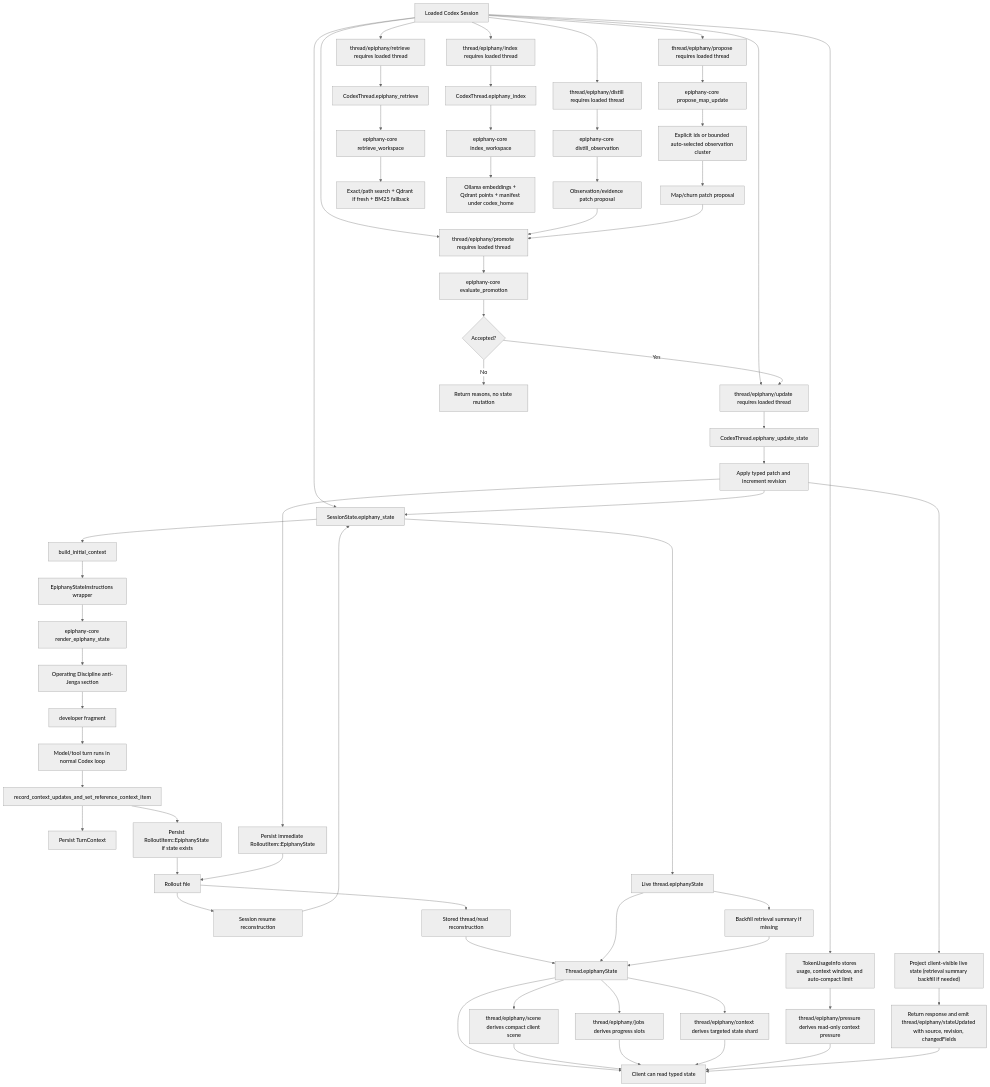
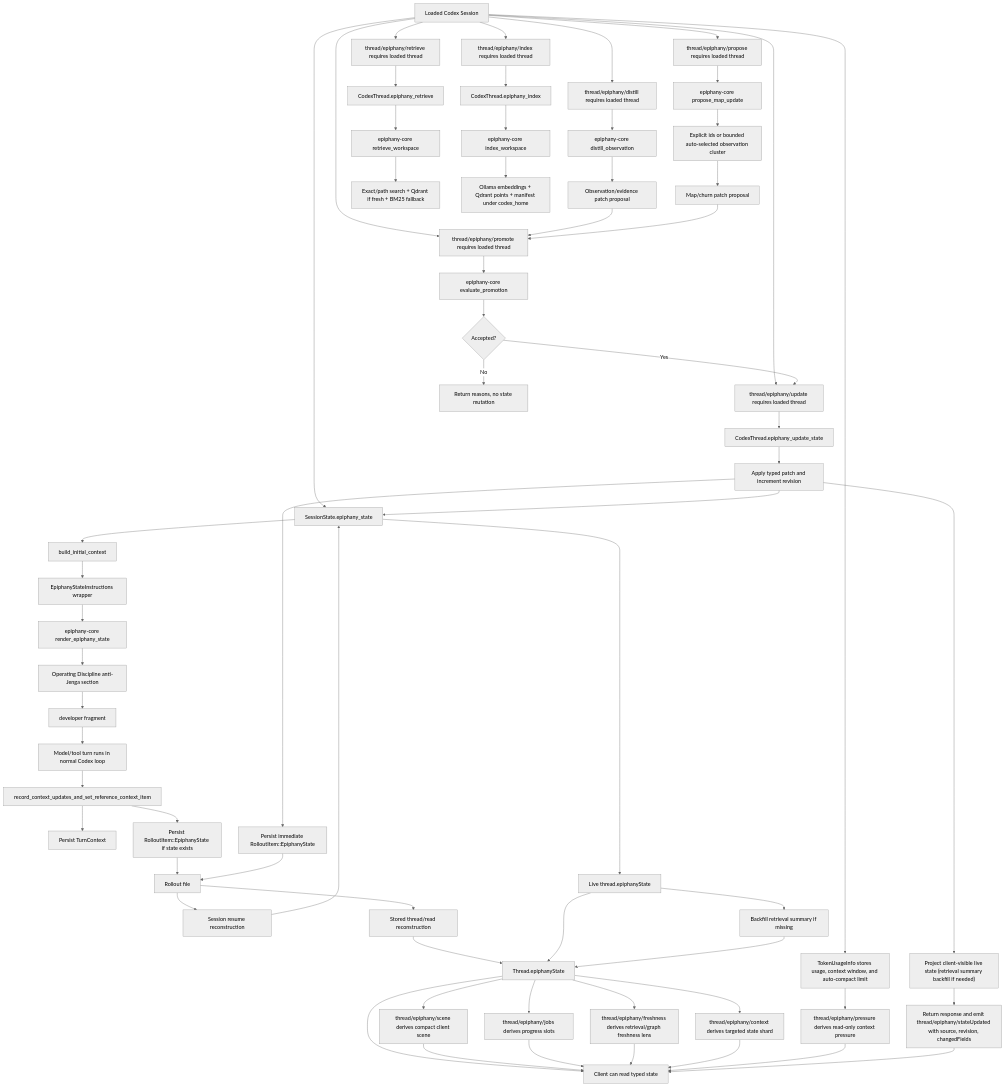
One commit to GameCult/Epiphany changed the diagram in notes/epiphany-current-algorithmic-map.md. Above: the diagram before and after it, drawn with Mermaid (neutral theme). The commit also changed other lines of this file and 11 other files, not shown here.

Commit message:
Add Epiphany freshness reflection

````diff
--- a/notes/epiphany-current-algorithmic-map.md
+++ b/notes/epiphany-current-algorithmic-map.md
@@ -42,63 +43,65 @@
 ```mermaid
 flowchart TD
     A["Loaded Codex Session"] --> B["SessionState.epiphany_state"]
     B --> C["build_initial_context"]
     C --> D["EpiphanyStateInstructions wrapper"]
     D --> E["epiphany-core render_epiphany_state"]
     E --> EA["Operating Discipline anti-Jenga section"]
     EA --> F["<epiphany_state> developer fragment"]
     F --> G["Model/tool turn runs in normal Codex loop"]
     G --> H["record_context_updates_and_set_reference_context_item"]
     H --> I["Persist TurnContext"]
     H --> J["Persist RolloutItem::EpiphanyState if state exists"]
     J --> K["Rollout file"]
     K --> L["Session resume reconstruction"]
     L --> B
     K --> M["Stored thread/read reconstruction"]
     M --> N["Thread.epiphanyState"]
     B --> O["Live thread.epiphanyState"]
     O --> N
     O --> P["Backfill retrieval summary if missing"]
     P --> N
     N --> Q["Client can read typed state"]
     N --> QS["thread/epiphany/scene derives compact client scene"]
     QS --> Q
     N --> QJ["thread/epiphany/jobs derives progress slots"]
     QJ --> Q
+    N --> QF["thread/epiphany/freshness derives retrieval/graph freshness lens"]
+    QF --> Q
     N --> QC["thread/epiphany/context derives targeted state shard"]
     QC --> Q
     A --> QP["TokenUsageInfo stores usage, context window, and auto-compact limit"]
     QP --> QQ["thread/epiphany/pressure derives read-only context pressure"]
     QQ --> Q
     A --> R["thread/epiphany/retrieve requires loaded thread"]
     A --> S["thread/epiphany/index requires loaded thread"]
     A --> AA["thread/epiphany/distill requires loaded thread"]
     A --> AH["thread/epiphany/propose requires loaded thread"]
     A --> AD["thread/epiphany/promote requires loaded thread"]
     A --> Z["thread/epiphany/update requires loaded thread"]
     AA --> AB["epiphany-core distill_observation"]
     AB --> AC["Observation/evidence patch proposal"]
     AC --> AD
     AH --> AI["epiphany-core propose_map_update"]
     AI --> AIA["Explicit ids or bounded auto-selected observation cluster"]
     AIA --> AJ["Map/churn patch proposal"]
     AJ --> AD
     AD --> AE["epiphany-core evaluate_promotion"]
     AE --> AF{"Accepted?"}
     AF -->|"No"| AG["Return reasons, no state mutation"]
     AF -->|"Yes"| Z
     R --> T["CodexThread.epiphany_retrieve"]
     S --> U["CodexThread.epiphany_index"]
     Z --> ZA["CodexThread.epiphany_update_state"]
     ZA --> ZB["Apply typed patch and increment revision"]
     ZB --> B
     ZB --> ZC["Persist immediate RolloutItem::EpiphanyState"]
     ZB --> ZD["Project client-visible live state (retrieval summary backfill if needed)"]
     ZD --> ZE["Return response and emit thread/epiphany/stateUpdated with source, revision, changedFields"]
     ZE --> Q
     ZC --> K
     T --> V["epiphany-core retrieve_workspace"]
     U --> W["epiphany-core index_workspace"]
     V --> X["Exact/path search + Qdrant if fresh + BM25 fallback"]
     W --> Y["Ollama embeddings + Qdrant points + manifest under codex_home"]
 ```
````
